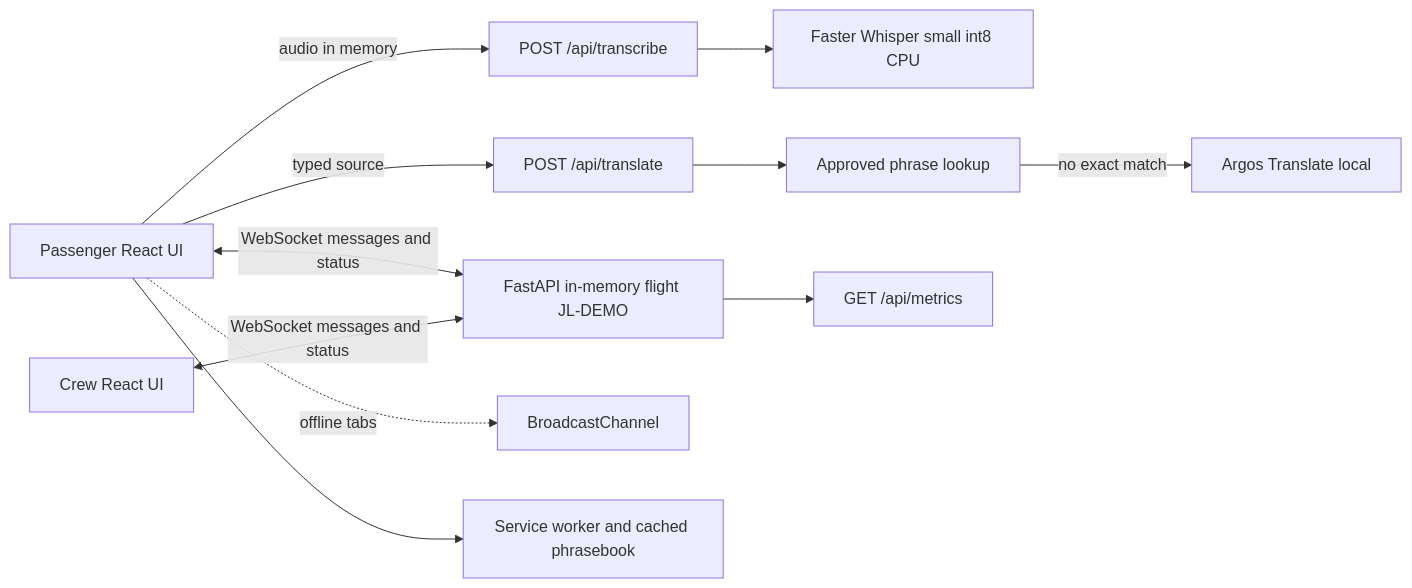
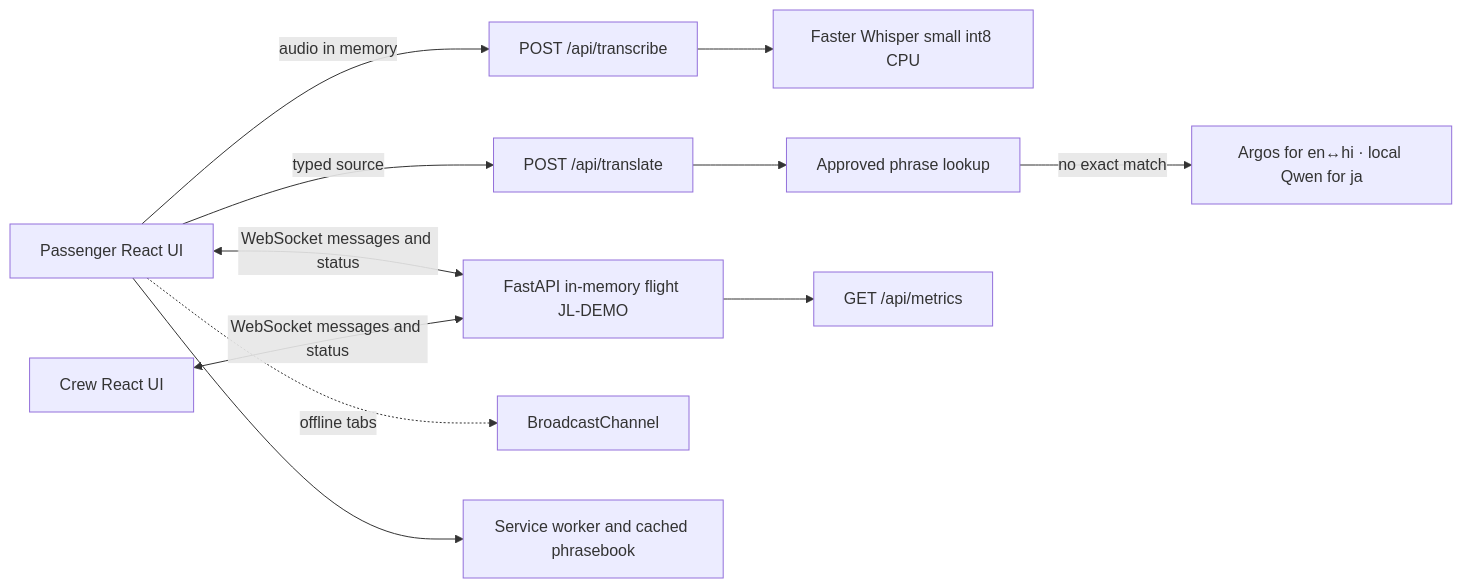
One commit to rounak890/cabin_bridge changed the diagram in README.md. Above: the diagram before and after it, drawn with Mermaid. The commit also changed other lines of this file and 54 other files, not shown here.

````diff
--- a/README.md
+++ b/README.md
@@ -28,13 +28,13 @@
 ```mermaid
 flowchart LR
   P[Passenger React UI] <-->|WebSocket messages and status| W[FastAPI in-memory flight JL-DEMO]
   C[Crew React UI] <-->|WebSocket messages and status| W
   P -->|audio in memory| A[POST /api/transcribe]
   A --> F[Faster Whisper small int8 CPU]
   P -->|typed source| T[POST /api/translate]
   T --> X[Approved phrase lookup]
-  X -->|no exact match| G[Argos Translate local]
+  X -->|no exact match| G[Argos for en↔hi · local Qwen for ja]
   P -. offline tabs .-> B[BroadcastChannel]
   P --> S[Service worker and cached phrasebook]
   W --> M[GET /api/metrics]
 ```
````
